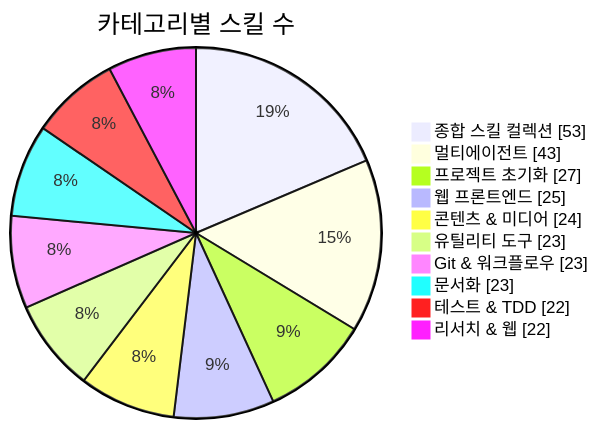
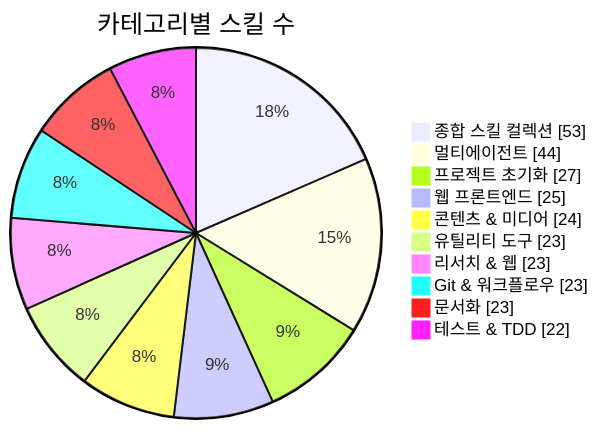
The first of 3 diagrams in README.md (J-nowcow/awesome-korean-agent-skills), drawn with Mermaid before and after one commit. The commit also changed other lines of this file and 5 other files, not shown here.

````diff
--- a/README.md
+++ b/README.md
@@ -176,14 +176,14 @@
 ```mermaid
 pie showData
     title 카테고리별 스킬 수
     "종합 스킬 컬렉션" : 53
-    "멀티에이전트" : 43
+    "멀티에이전트" : 44
     "프로젝트 초기화" : 27
     "웹 프론트엔드" : 25
     "콘텐츠 & 미디어" : 24
     "유틸리티 도구" : 23
+    "리서치 & 웹" : 23
     "Git & 워크플로우" : 23
     "문서화" : 23
     "테스트 & TDD" : 22
-    "리서치 & 웹" : 22
 ```
````
